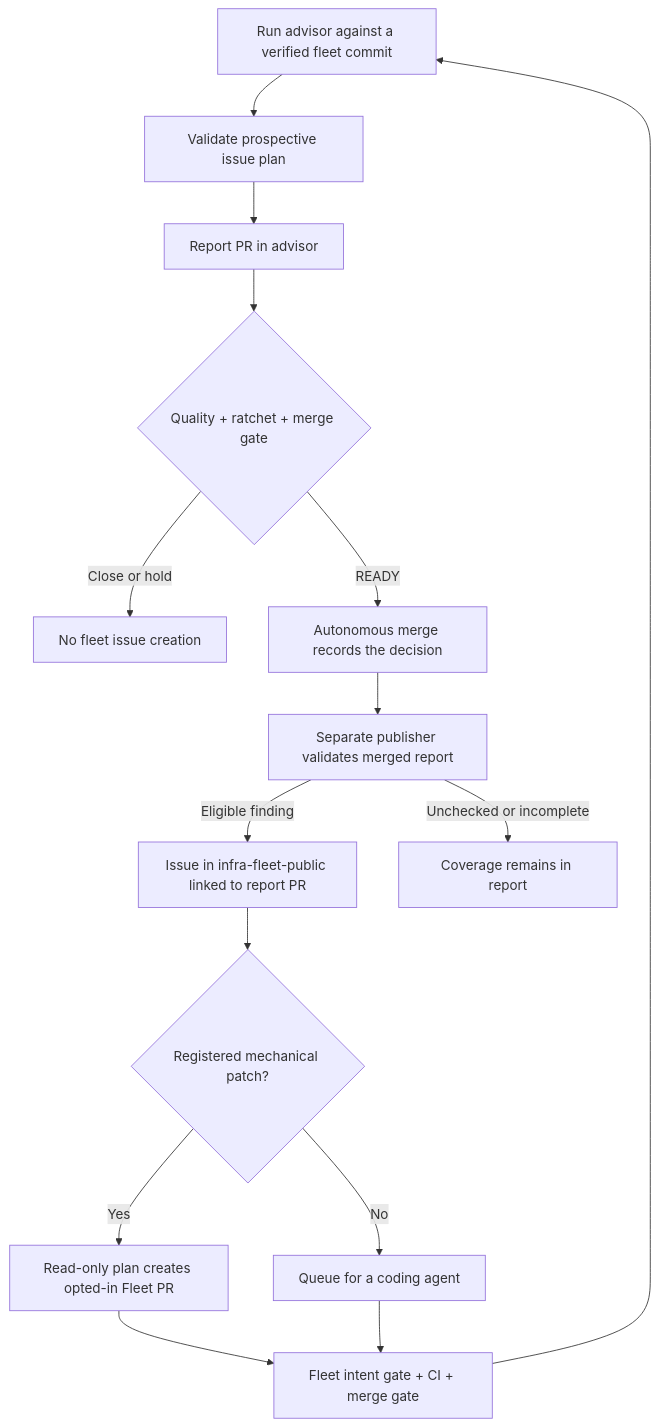
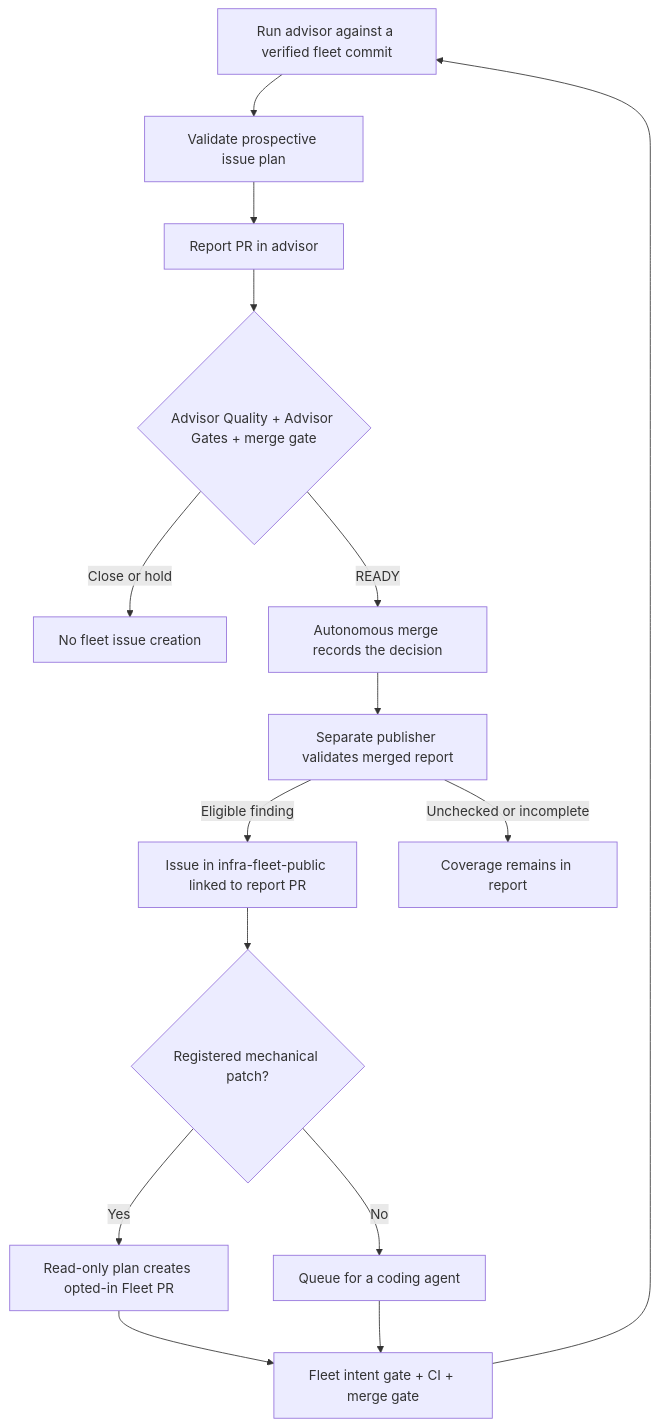
The diagram in docs/WORKFLOW.md (ImranAdan/infra-fleet-advisor-public), drawn with Mermaid before and after one commit. The commit also changed other lines of this file and 6 other files, not shown here.

Commit message:
docs: align guides with current advisor gates

````diff
--- a/docs/WORKFLOW.md
+++ b/docs/WORKFLOW.md
@@ -9,17 +9,17 @@
 ```mermaid
 flowchart TD
     A[Run advisor against a verified fleet commit] --> P[Validate prospective issue plan]
     P --> B[Report PR in advisor]
-    B --> C{Quality + ratchet + merge gate}
+    B --> C{Advisor Quality + Advisor Gates + merge gate}
     C -->|Close or hold| D[No fleet issue creation]
     C -->|READY| E[Autonomous merge records the decision]
     E --> V[Separate publisher validates merged report]
     V -->|Eligible finding| F[Issue in infra-fleet-public linked to report PR]
     V -->|Unchecked or incomplete| G[Coverage remains in report]
     F --> H{Registered mechanical patch?}
     H -->|Yes| I[Read-only plan creates opted-in Fleet PR]
     H -->|No| K[Queue for a coding agent]
     I --> J[Fleet intent gate + CI + merge gate]
     K --> J
     J --> A
 ```
````
